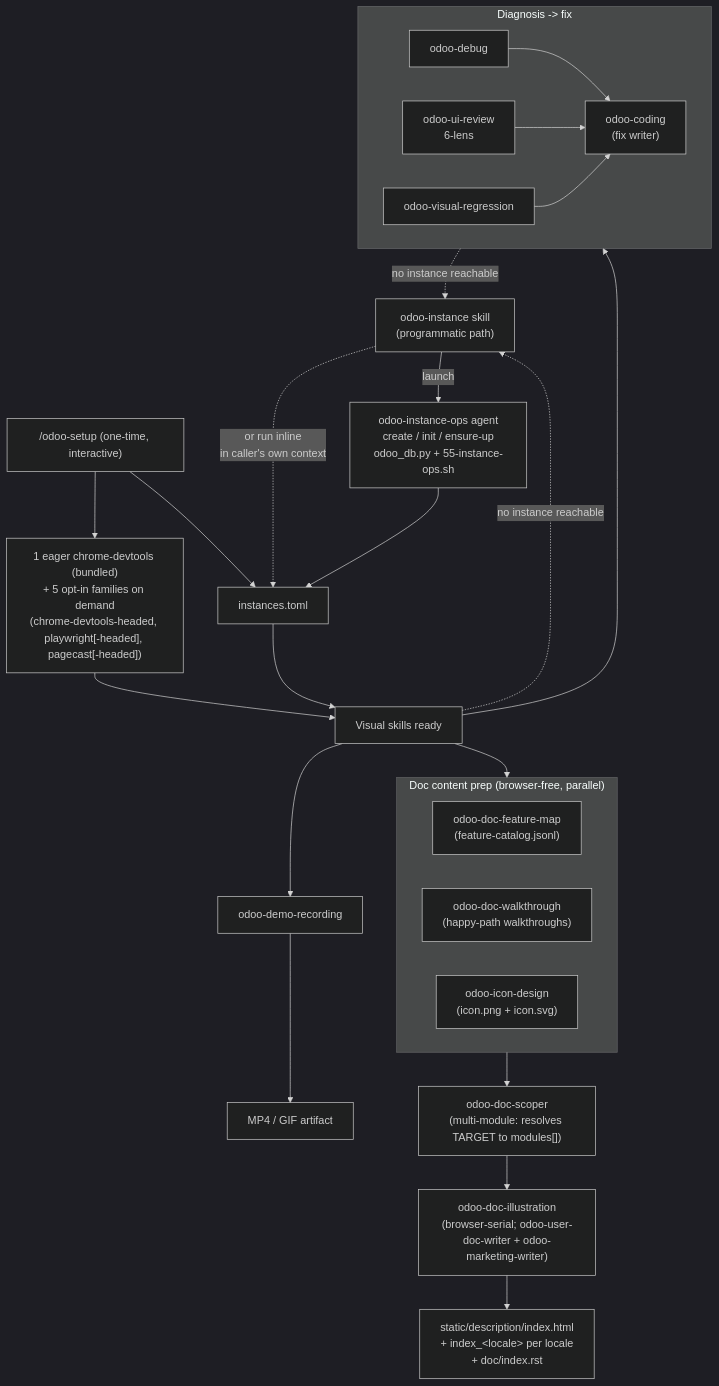
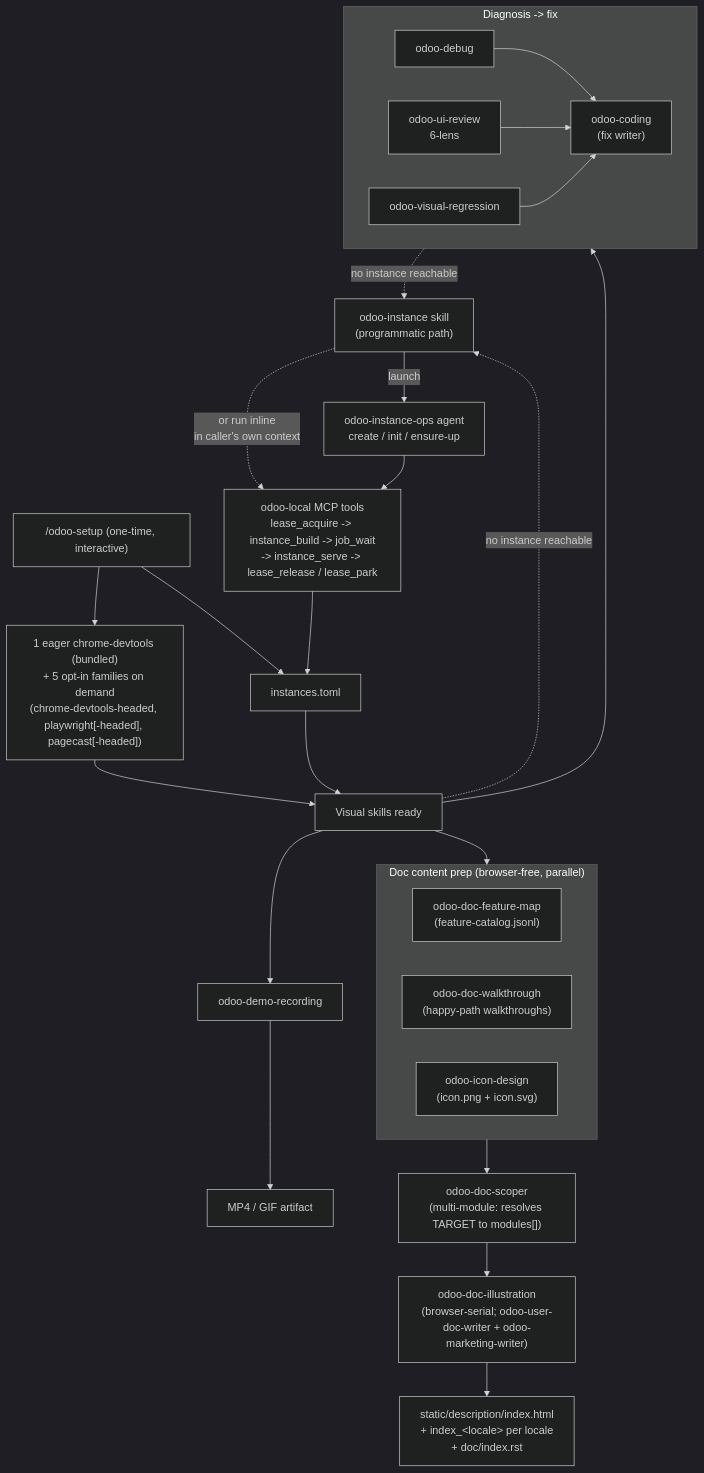
Before and after one commit to Viindoo/odoo-mcp-client: the fourth of 9 diagrams in plugins/odoo-ai-agents/README.md, drawn with Mermaid (dark theme). The commit also changed other lines of this file and 147 other files, not shown here.

````diff
--- a/plugins/odoo-ai-agents/README.md
+++ b/plugins/odoo-ai-agents/README.md
@@ -348,38 +350,39 @@
 ```mermaid
 flowchart TD
     SETUP["/odoo-setup (one-time, interactive)"]
     SETUP --> MCPW["1 eager chrome-devtools (bundled)<br/>+ 5 opt-in families on demand<br/>(chrome-devtools-headed, playwright[-headed], pagecast[-headed])"]
     SETUP --> CTX["instances.toml"]
 
     INST["odoo-instance skill<br/>(programmatic path)"]
-    INST -->|"launch"| IOPS["odoo-instance-ops agent<br/>create / init / ensure-up<br/>odoo_db.py + 55-instance-ops.sh"]
-    INST -.->|"or run inline<br/>in caller's own context"| CTX
-    IOPS --> CTX
+    INST -->|"launch"| IOPS["odoo-instance-ops agent<br/>create / init / ensure-up"]
+    INST -.->|"or run inline<br/>in caller's own context"| LOCAL
+    IOPS --> LOCAL["odoo-local MCP tools<br/>lease_acquire -> instance_build -> job_wait<br/>-> instance_serve -> lease_release / lease_park"]
+    LOCAL --> CTX
 
     MCPW --> SK["Visual skills ready"]
     CTX --> SK
 
     subgraph FIX_SKILLS["Diagnosis -> fix"]
         UID["odoo-debug"] --> FC["odoo-coding<br/>(fix writer)"]
         UIR["odoo-ui-review<br/>6-lens"] --> FC
         VR["odoo-visual-regression"] --> FC
     end
 
     SK --> FIX_SKILLS
     SK --> DR["odoo-demo-recording"]
     DR --> MEDIA["MP4 / GIF artifact"]
 
     subgraph DOC_PREP["Doc content prep (browser-free, parallel)"]
         FMP["odoo-doc-feature-map<br/>(feature-catalog.jsonl)"]
         WLK["odoo-doc-walkthrough<br/>(happy-path walkthroughs)"]
         ICN["odoo-icon-design<br/>(icon.png + icon.svg)"]
     end
 
     SK --> DOC_PREP
     DOC_PREP --> DOCSCOPER["odoo-doc-scoper<br/>(multi-module: resolves TARGET to modules[])"]
     DOCSCOPER --> DOCILL["odoo-doc-illustration<br/>(browser-serial; odoo-user-doc-writer + odoo-marketing-writer)"]
     DOCILL --> DOCOUT["static/description/index.html<br/>+ index_&lt;locale&gt; per locale<br/>+ doc/index.rst"]
 
     FIX_SKILLS -. "no instance reachable" .-> INST
     SK -. "no instance reachable" .-> INST
 ```
````
